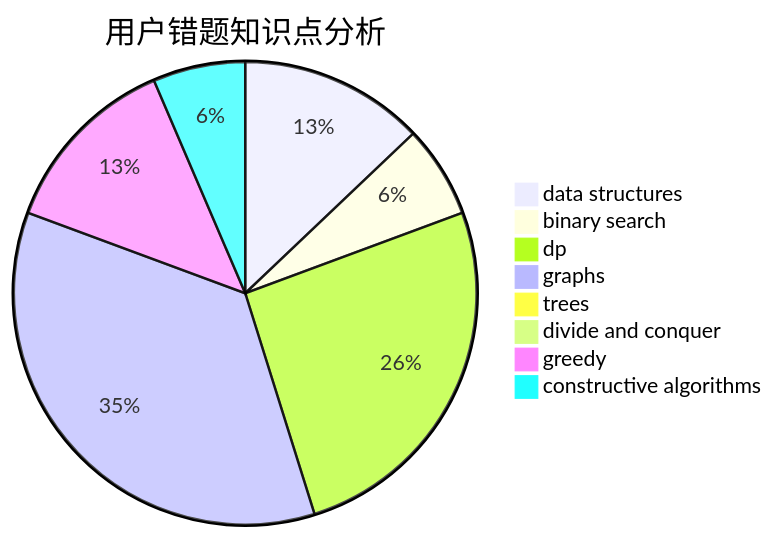
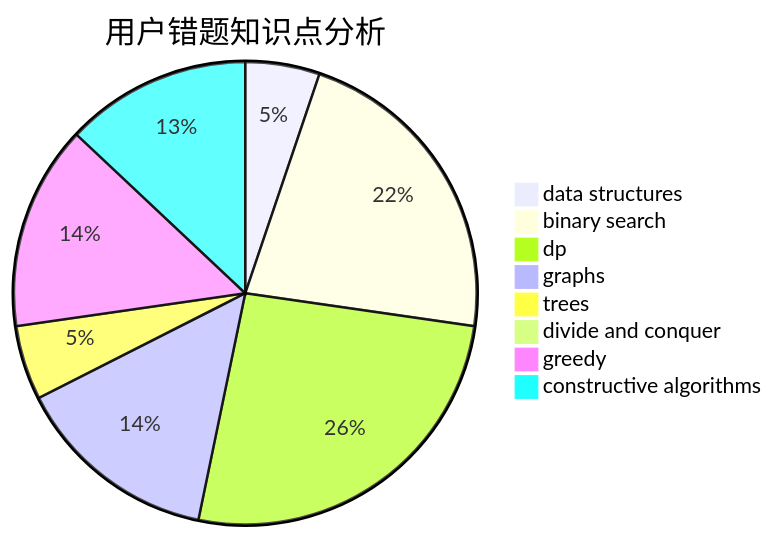
The third of 3 diagrams in docs/user/u603.md (sherpahu/cfrs.github.io), drawn with Mermaid before and after one commit. The commit also changed other lines of this file and 2770 other files, not shown here.

````diff
--- a/docs/user/u603.md
+++ b/docs/user/u603.md
@@ -36,11 +36,11 @@
 ```mermaid
 pie title 用户错题知识点分析
     "data structures" :  4
-    "binary search" :  2
-    "dp" :  8
+    "binary search" :  17
+    "dp" :  20
     "graphs" :  11
-    "trees" :  0
+    "trees" :  4
     "divide and conquer" :  0
-    "greedy" :  4
-    "constructive algorithms" :  2
+    "greedy" :  11
+    "constructive algorithms" :  10
 ```
````
